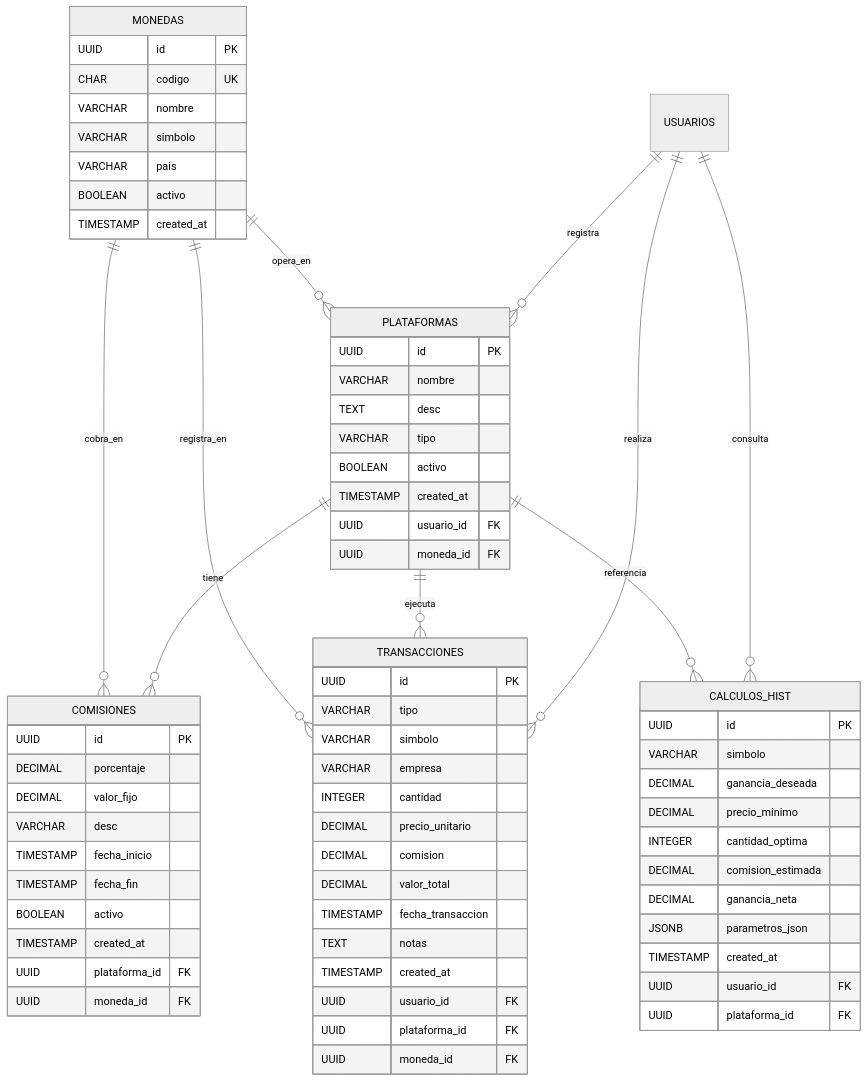
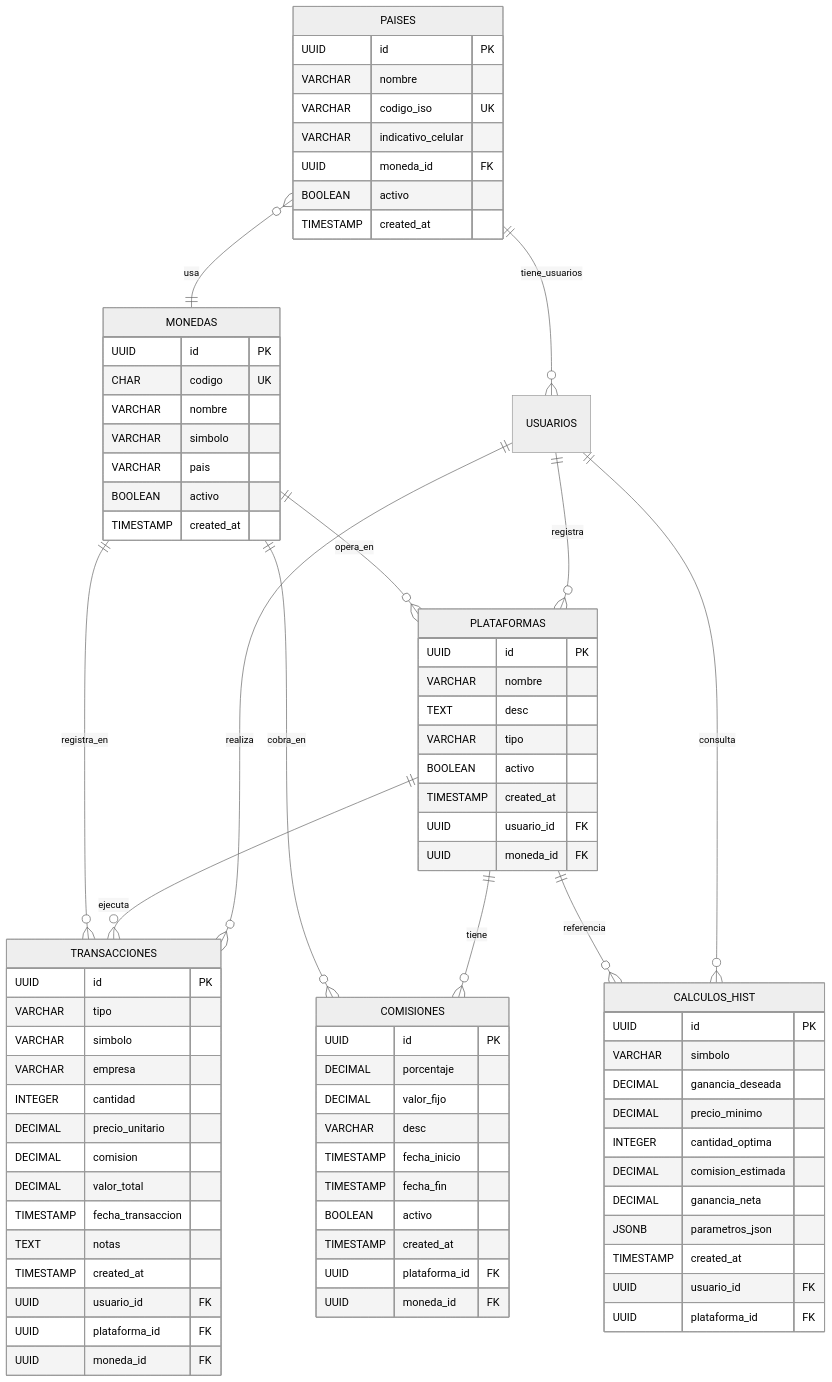
The second of 11 diagrams in README.md (42mrnobody42-alt/investment-tracker), drawn with Mermaid (neutral theme) before and after one commit. The commit also changed other lines of this file, not shown here.

````diff
--- a/README.md
+++ b/README.md
@@ -186,6 +206,15 @@
         VARCHAR nombre
         VARCHAR simbolo
         VARCHAR pais
+        BOOLEAN activo
+        TIMESTAMP created_at
+    }
+    PAISES {
+        UUID id PK
+        VARCHAR nombre
+        VARCHAR codigo_iso UK
+        VARCHAR indicativo_celular
+        UUID moneda_id FK
         BOOLEAN activo
         TIMESTAMP created_at
     }
@@ -249,4 +278,6 @@
     MONEDAS ||--o{ TRANSACCIONES : registra_en
     USUARIOS ||--o{ CALCULOS_HIST : consulta
     PLATAFORMAS ||--o{ CALCULOS_HIST : referencia
+    PAISES ||--o{ USUARIOS : tiene_usuarios
+    PAISES }o--|| MONEDAS : usa
 ```
````
